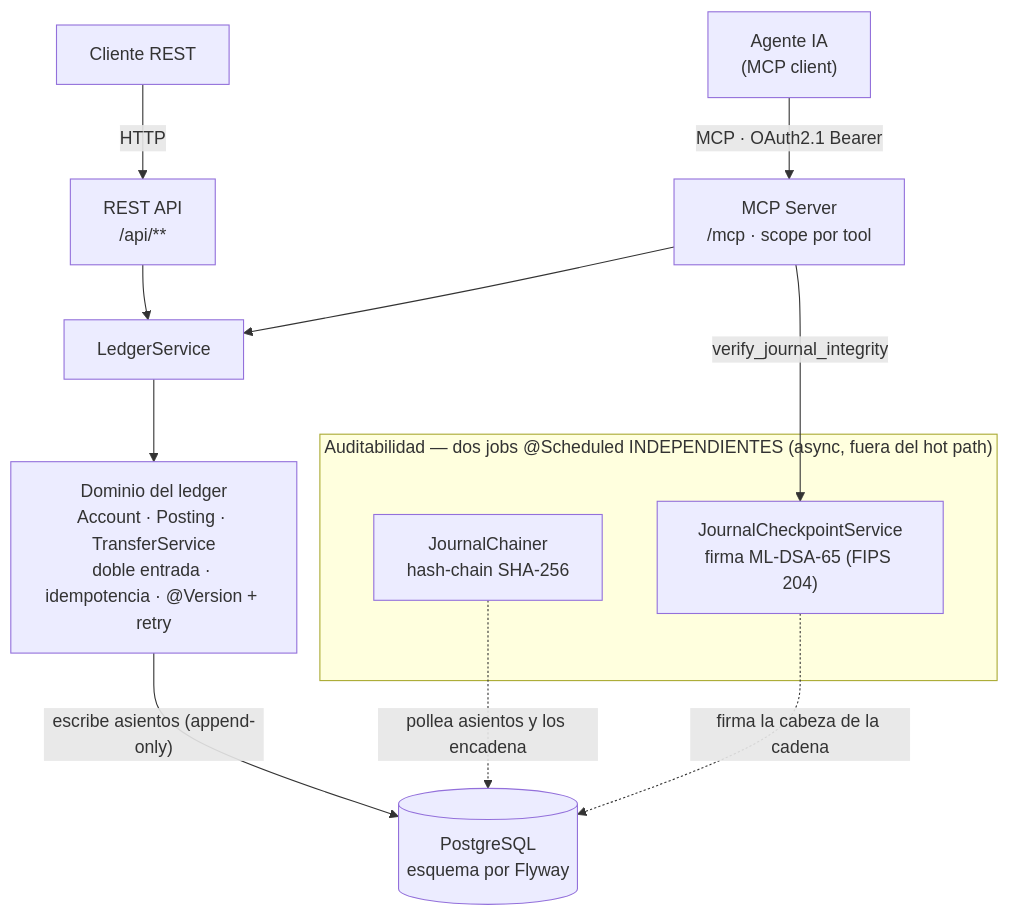
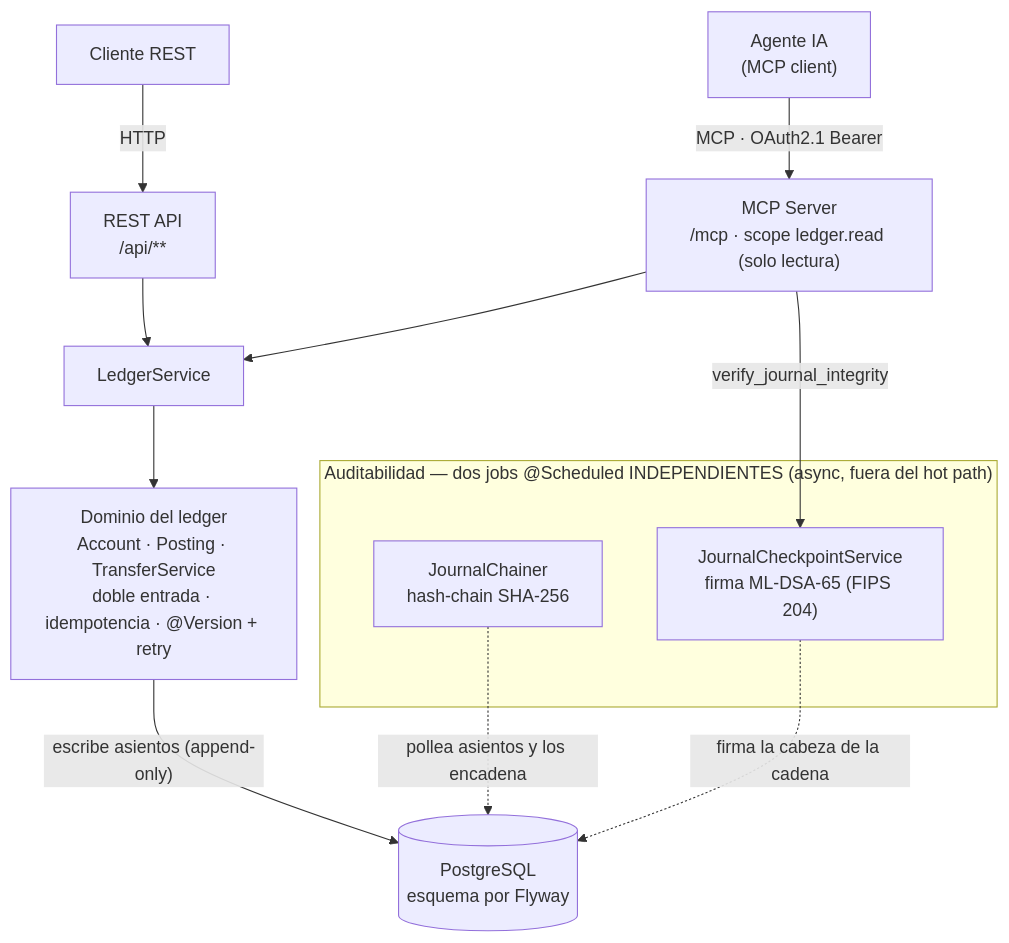
The diagram in README.md (juanfranpaezz/ledgermind), drawn with Mermaid before and after one commit. The commit also changed other lines of this file and 1 other file, not shown here.

First line of the commit message:
docs: align ADR deadlock claim and README MCP-scope claim with the actual code

````diff
--- a/README.md
+++ b/README.md
@@ -56,22 +56,22 @@
 ```mermaid
 flowchart TB
     U["Cliente REST"]
     AG["Agente IA<br/>(MCP client)"]
 
     U -->|HTTP| API["REST API<br/>/api/**"]
-    AG -->|"MCP · OAuth2.1 Bearer"| MCP["MCP Server<br/>/mcp · scope por tool"]
+    AG -->|"MCP · OAuth2.1 Bearer"| MCP["MCP Server<br/>/mcp · scope ledger.read (solo lectura)"]
 
     API --> SVC["LedgerService"]
     MCP --> SVC
 
     SVC --> DOM["Dominio del ledger<br/>Account · Posting · TransferService<br/>doble entrada · idempotencia · @Version + retry"]
     DOM -->|"escribe asientos (append-only)"| PG[("PostgreSQL<br/>esquema por Flyway")]
 
     subgraph AUD["Auditabilidad — dos jobs @Scheduled INDEPENDIENTES (async, fuera del hot path)"]
       CH["JournalChainer<br/>hash-chain SHA-256"]
       CHK["JournalCheckpointService<br/>firma ML-DSA-65 (FIPS 204)"]
     end
     CH -.->|"pollea asientos y los encadena"| PG
     CHK -.->|"firma la cabeza de la cadena"| PG
     MCP -->|"verify_journal_integrity"| CHK
 ```
````
